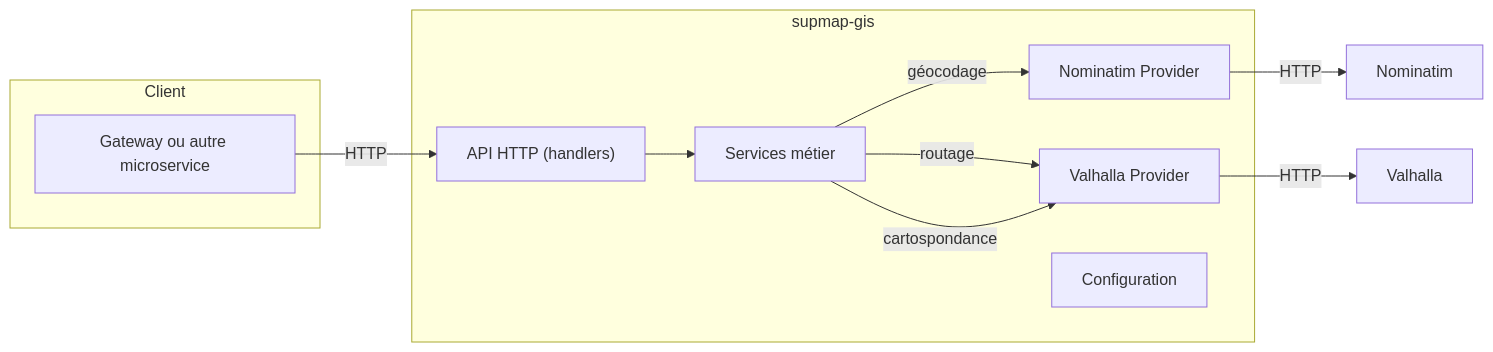
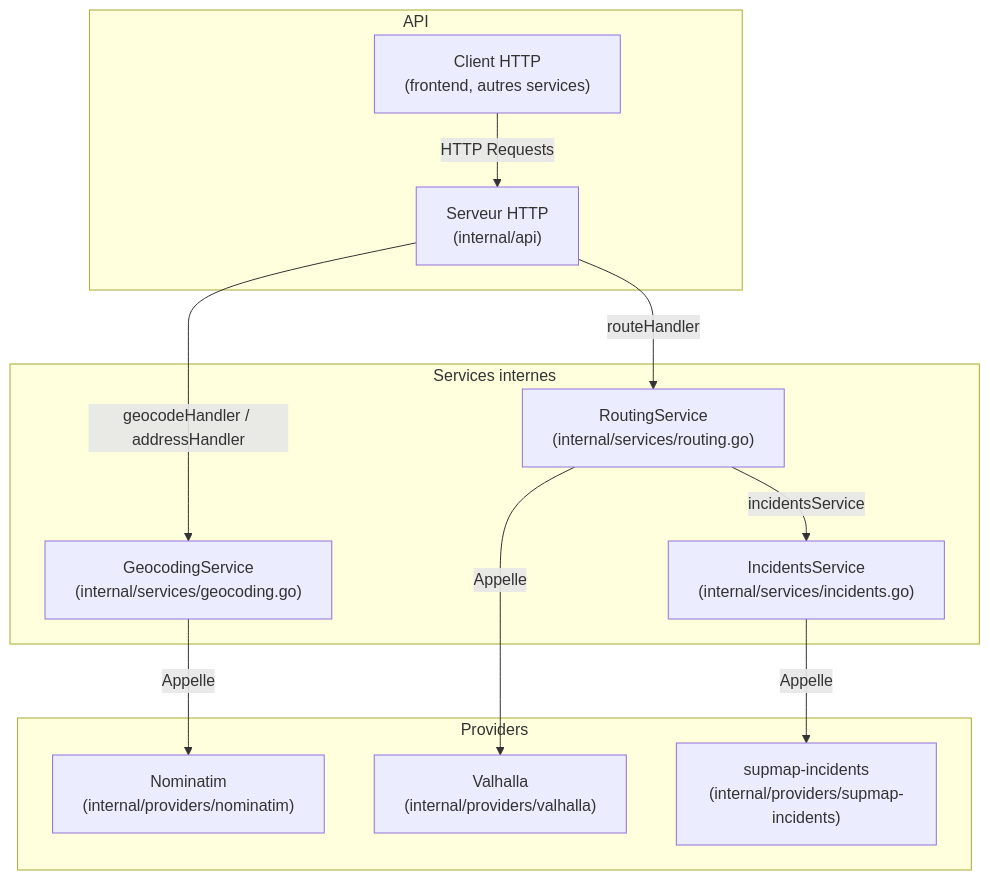
Before and after one commit to 4PROJ-Le-projet-d-une-vie/supmap-gis: the diagram in README.md, drawn with Mermaid. The commit also changed other lines of this file, not shown here.

````diff
--- a/README.md
+++ b/README.md
@@ -21,24 +49,27 @@
 ```mermaid
-graph LR
-    subgraph Client
-        browser["Gateway ou autre microservice"]
+flowchart TD
+    subgraph API
+        A["Client HTTP<br/>(frontend, autres services)"]
+        B["Serveur HTTP<br/>(internal/api)"]
     end
 
-    browser -->|HTTP| api[API supmap-gis]
-
-    subgraph supmap-gis
-        api["API HTTP (handlers)"]
-        services["Services métier"]
-        nominatimProvider["Nominatim Provider"]
-        valhallaProvider["Valhalla Provider"]
-        config["Configuration"]
+    subgraph Services internes
+        C["GeocodingService<br/>(internal/services/geocoding.go)"]
+        D["RoutingService<br/>(internal/services/routing.go)"]
+        E["IncidentsService<br/>(internal/services/incidents.go)"]
     end
 
-    api --> services
-    services -->|géocodage| nominatimProvider
-    services -->|routage| valhallaProvider
-    services -->|cartospondance| valhallaProvider
+    subgraph Providers
+        F["Nominatim<br/>(internal/providers/nominatim)"]
+        G["Valhalla<br/>(internal/providers/valhalla)"]
+        H["supmap-incidents<br/>(internal/providers/supmap-incidents)"]
+    end
 
-    nominatimProvider -->|HTTP| nominatim[Nominatim]
-    valhallaProvider -->|HTTP| valhalla[Valhalla]
+    A -->|HTTP Requests| B
+    B -->|geocodeHandler / addressHandler| C
+    B -->|routeHandler| D
+    D -->|incidentsService| E
+    C -->|Appelle| F
+    D -->|Appelle| G
+    E -->|Appelle| H
 ```
````
